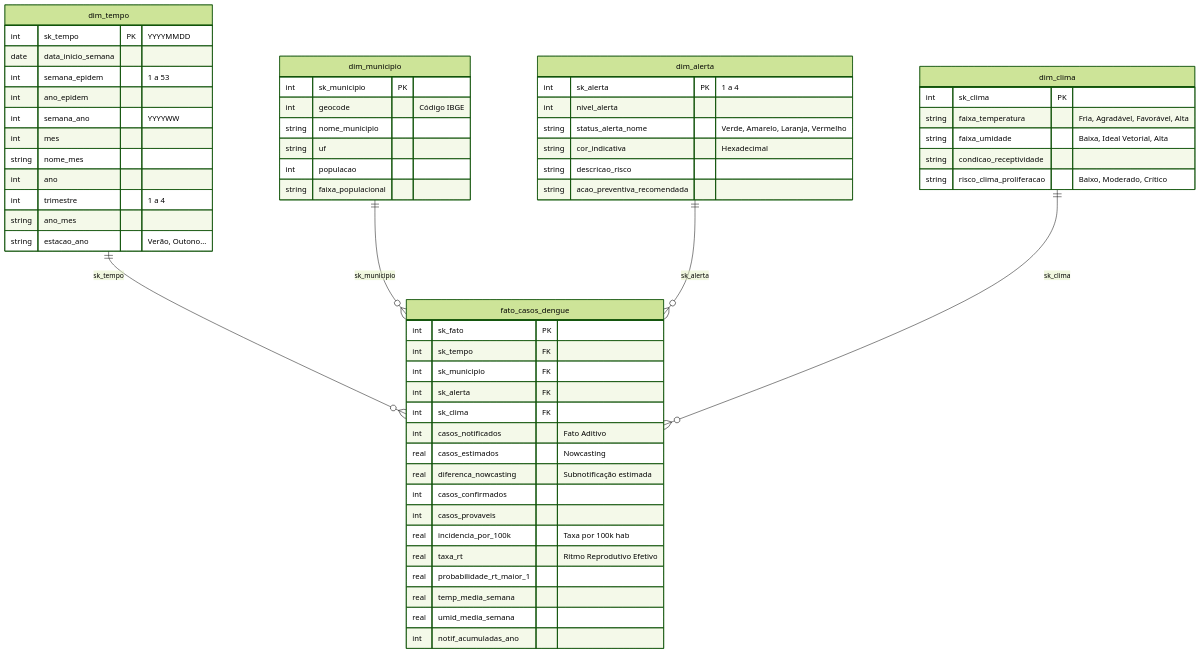
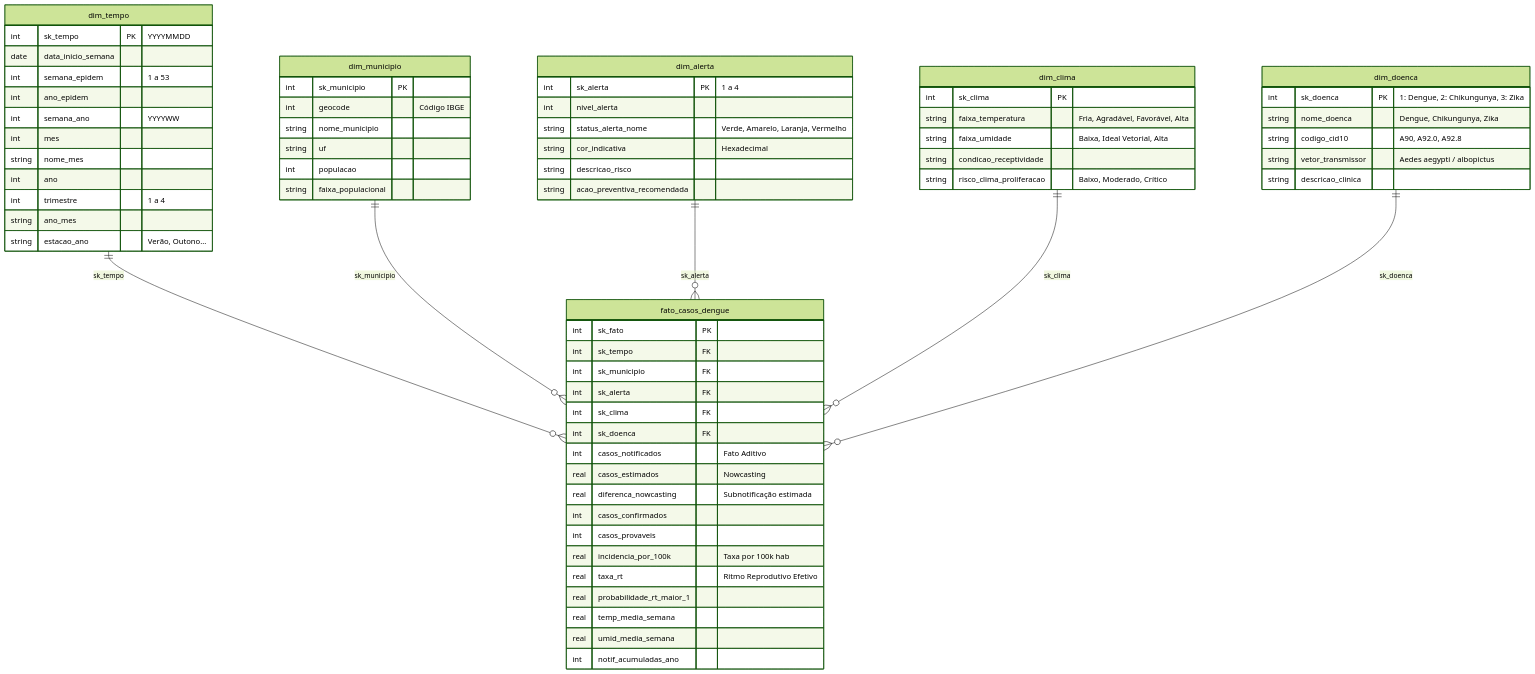
Before and after one commit to Arkmedess/DataDengue: the second of 2 diagrams in docs/MODELAGEM_DIMENSIONAL.md, drawn with Mermaid (forest theme). The commit also changed other lines of this file and 1 other file, not shown here.

````diff
--- a/docs/MODELAGEM_DIMENSIONAL.md
+++ b/docs/MODELAGEM_DIMENSIONAL.md
@@ -46,66 +47,76 @@
 ```mermaid
 erDiagram
     dim_tempo ||--o{ fato_casos_dengue : "sk_tempo"
     dim_municipio ||--o{ fato_casos_dengue : "sk_municipio"
     dim_alerta ||--o{ fato_casos_dengue : "sk_alerta"
     dim_clima ||--o{ fato_casos_dengue : "sk_clima"
+    dim_doenca ||--o{ fato_casos_dengue : "sk_doenca"
 
     dim_tempo {
         int sk_tempo PK "YYYYMMDD"
         date data_inicio_semana
         int semana_epidem "1 a 53"
         int ano_epidem
         int semana_ano "YYYYWW"
         int mes
         string nome_mes
         int ano
         int trimestre "1 a 4"
         string ano_mes
         string estacao_ano "Verão, Outono..."
     }
 
     dim_municipio {
         int sk_municipio PK
         int geocode "Código IBGE"
         string nome_municipio
         string uf
         int populacao
         string faixa_populacional
     }
 
     dim_alerta {
         int sk_alerta PK "1 a 4"
         int nivel_alerta
         string status_alerta_nome "Verde, Amarelo, Laranja, Vermelho"
         string cor_indicativa "Hexadecimal"
         string descricao_risco
         string acao_preventiva_recomendada
     }
 
     dim_clima {
         int sk_clima PK
         string faixa_temperatura "Fria, Agradável, Favorável, Alta"
         string faixa_umidade "Baixa, Ideal Vetorial, Alta"
         string condicao_receptividade
         string risco_clima_proliferacao "Baixo, Moderado, Crítico"
     }
 
+    dim_doenca {
+        int sk_doenca PK "1: Dengue, 2: Chikungunya, 3: Zika"
+        string nome_doenca "Dengue, Chikungunya, Zika"
+        string codigo_cid10 "A90, A92.0, A92.8"
+        string vetor_transmissor "Aedes aegypti / albopictus"
+        string descricao_clinica
+    }
+
     fato_casos_dengue {
         int sk_fato PK
         int sk_tempo FK
         int sk_municipio FK
         int sk_alerta FK
         int sk_clima FK
+        int sk_doenca FK
         int casos_notificados "Fato Aditivo"
         real casos_estimados "Nowcasting"
         real diferenca_nowcasting "Subnotificação estimada"
         int casos_confirmados
         int casos_provaveis
         real incidencia_por_100k "Taxa por 100k hab"
         real taxa_rt "Ritmo Reprodutivo Efetivo"
         real probabilidade_rt_maior_1
         real temp_media_semana
         real umid_media_semana
         int notif_acumuladas_ano
     }
 ```
````
